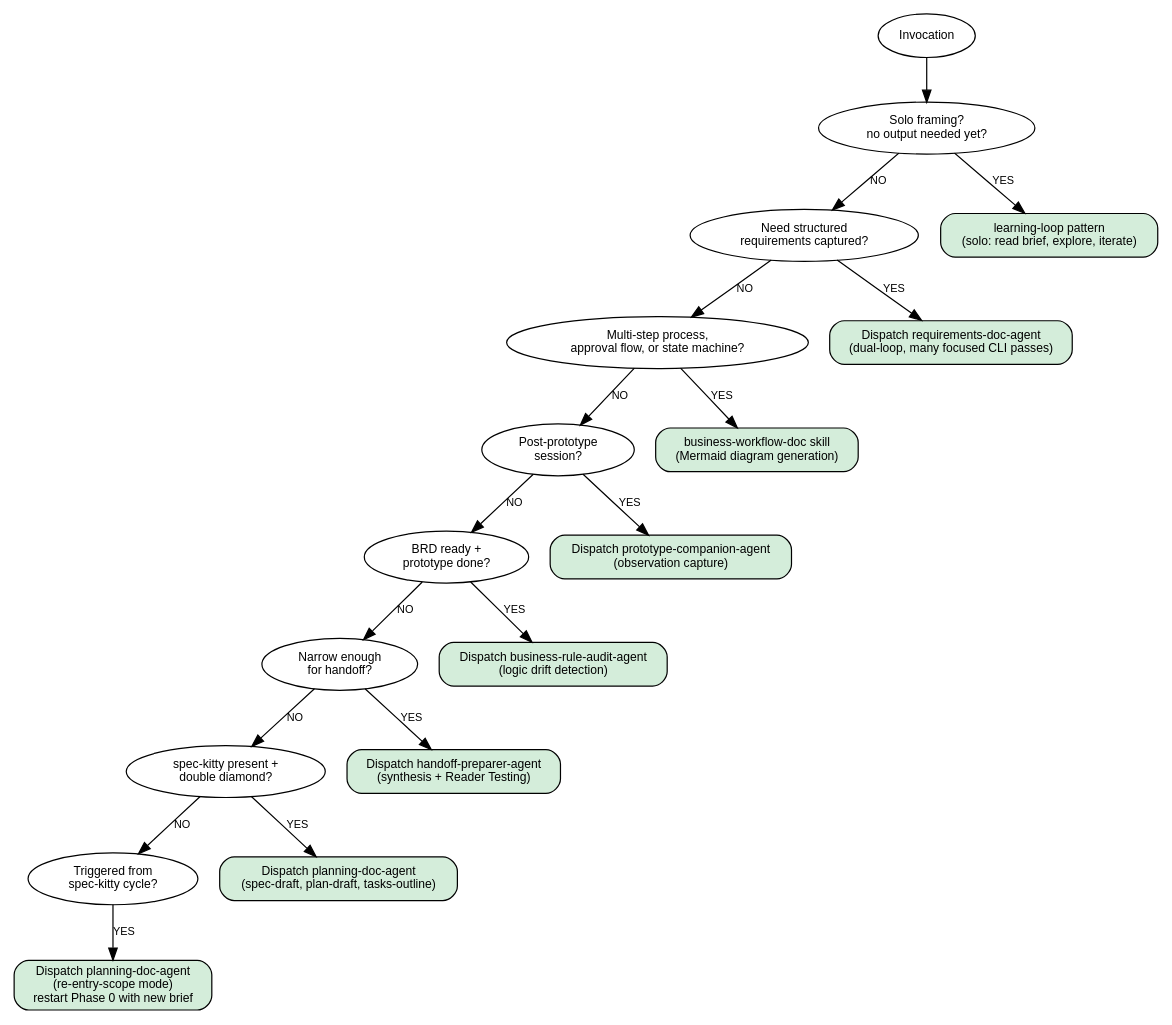
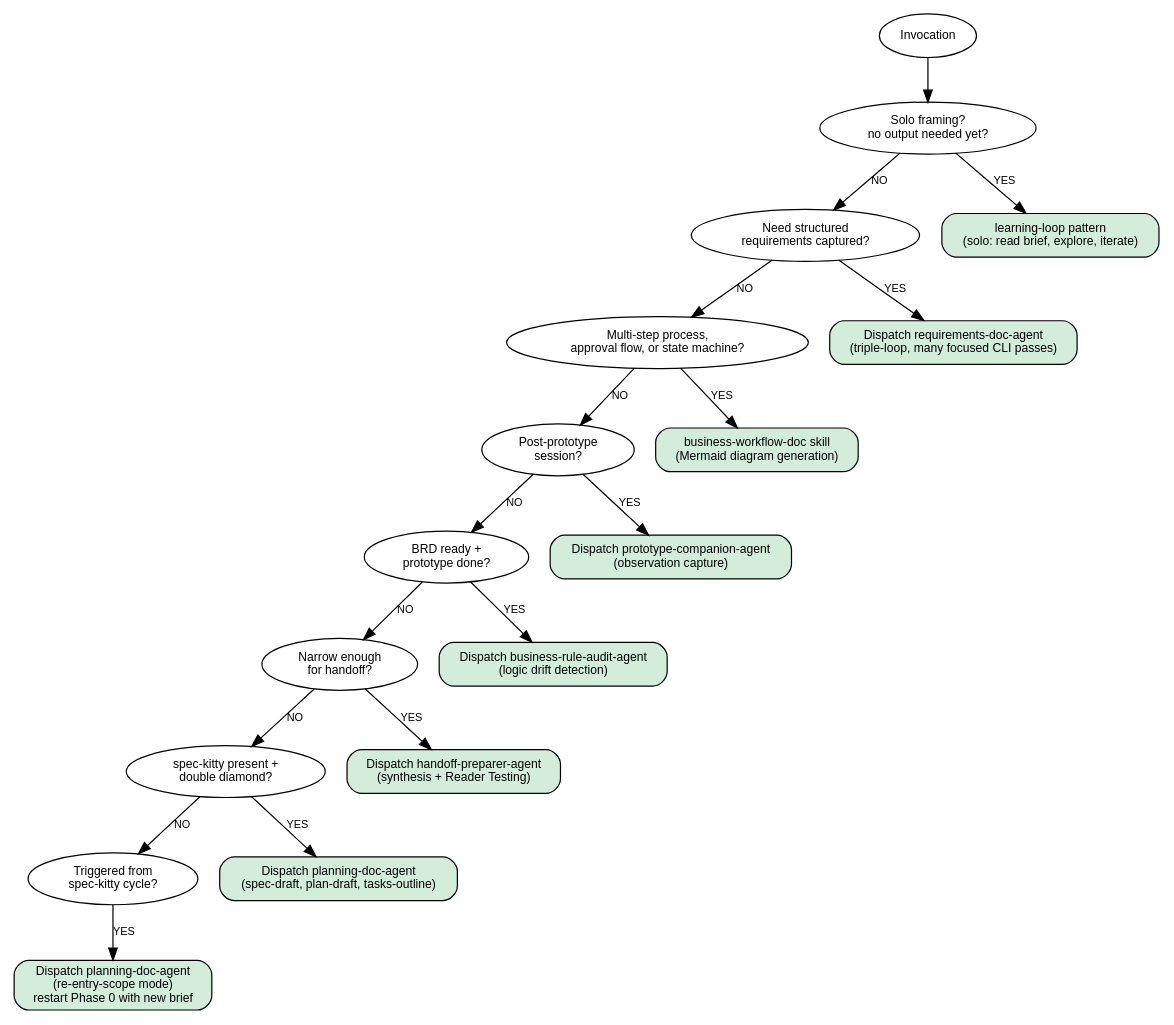
One commit to richfrem/agent-plugins-skills changed the diagram in plugins/exploration-cycle-plugin/agents/exploration-cycle-orchestrator-agent.md. Above: the diagram before and after it, drawn with Graphviz. The commit also changed other lines of this file and 102 other files, not shown here.

````diff
--- a/plugins/exploration-cycle-plugin/agents/exploration-cycle-orchestrator-agent.md
+++ b/plugins/exploration-cycle-plugin/agents/exploration-cycle-orchestrator-agent.md
@@ -69,45 +69,45 @@
 ```dot
 digraph orchestrator_routing {
   rankdir=TB;
   node [shape=diamond, style="rounded,filled", fillcolor=lightyellow, fontname=Helvetica, fontsize=10];
   edge [fontname=Helvetica, fontsize=9];
 
   node [shape=ellipse, fillcolor=white] Invoke [label="Invocation"];
 
   Q1 [label="Solo framing?\nno output needed yet?"];
   Q2 [label="Need structured\nrequirements captured?"];
   Q3 [label="Multi-step process,\napproval flow, or state machine?"];
   Q4 [label="Post-prototype\nsession?"];
   Q5 [label="BRD ready +\nprototype done?"];
   Q6 [label="Narrow enough\nfor handoff?"];
   Q7 [label="spec-kitty present +\ndouble diamond?"];
   Q8 [label="Triggered from\nspec-kitty cycle?"];
 
   node [shape=box, fillcolor="#d4edda"];
   LearningLoop [label="learning-loop pattern\n(solo: read brief, explore, iterate)"];
-  DualLoop     [label="Dispatch requirements-doc-agent\n(dual-loop, many focused CLI passes)"];
+  DualLoop     [label="Dispatch requirements-doc-agent\n(triple-loop, many focused CLI passes)"];
   WorkflowDoc  [label="business-workflow-doc skill\n(Mermaid diagram generation)"];
   Prototype    [label="Dispatch prototype-companion-agent\n(observation capture)"];
   Audit        [label="Dispatch business-rule-audit-agent\n(logic drift detection)"];
   Handoff      [label="Dispatch handoff-preparer-agent\n(synthesis + Reader Testing)"];
   PlanningDraft [label="Dispatch planning-doc-agent\n(spec-draft, plan-draft, tasks-outline)"];
   Reentry      [label="Dispatch planning-doc-agent\n(re-entry-scope mode)\nrestart Phase 0 with new brief"];
 
   Invoke -> Q1;
   Q1 -> LearningLoop [label="YES"];
   Q1 -> Q2 [label="NO"];
   Q2 -> DualLoop [label="YES"];
   Q2 -> Q3 [label="NO"];
   Q3 -> WorkflowDoc [label="YES"];
   Q3 -> Q4 [label="NO"];
   Q4 -> Prototype [label="YES"];
   Q4 -> Q5 [label="NO"];
   Q5 -> Audit [label="YES"];
   Q5 -> Q6 [label="NO"];
   Q6 -> Handoff [label="YES"];
   Q6 -> Q7 [label="NO"];
   Q7 -> PlanningDraft [label="YES"];
   Q7 -> Q8 [label="NO"];
   Q8 -> Reentry [label="YES"];
 }
 ```
````
